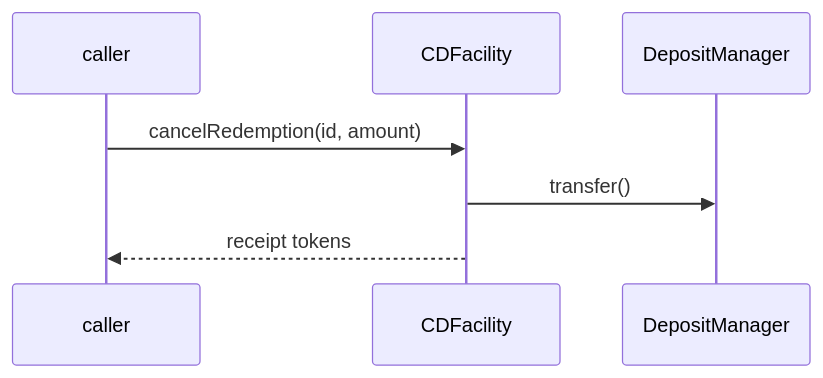
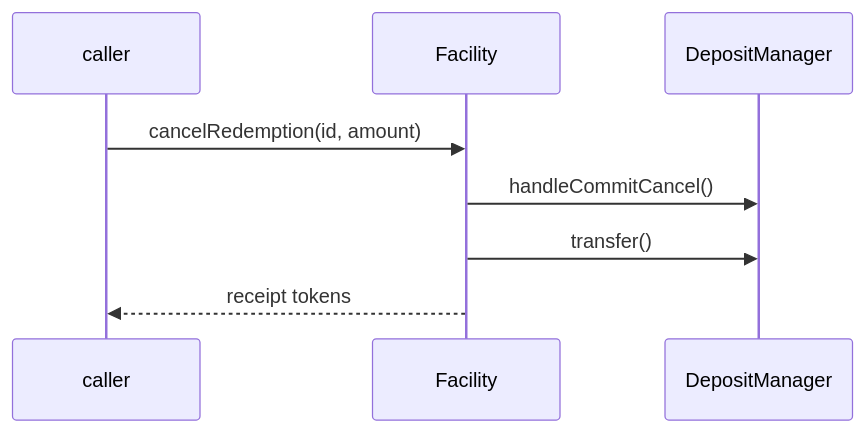
Before and after one commit to OlympusDAO/olympus-v3: the seventh of 12 diagrams in audit/2025-01_convertible-deposits/README.md, drawn with Mermaid. The commit also changed other lines of this file and 1 other file, not shown here.

````diff
--- a/audit/2025-01_convertible-deposits/README.md
+++ b/audit/2025-01_convertible-deposits/README.md
@@ -382,10 +365,11 @@
 ```mermaid
 sequenceDiagram
     participant caller
-    participant CDFacility
+    participant Facility
     participant DepositManager
 
-    caller->>CDFacility: cancelRedemption(id, amount)
-    CDFacility->>DepositManager: transfer()
-    CDFacility-->>caller: receipt tokens
+    caller->>Facility: cancelRedemption(id, amount)
+    Facility->>DepositManager: handleCommitCancel()
+    Facility->>DepositManager: transfer()
+    Facility-->>caller: receipt tokens
 ```
````
